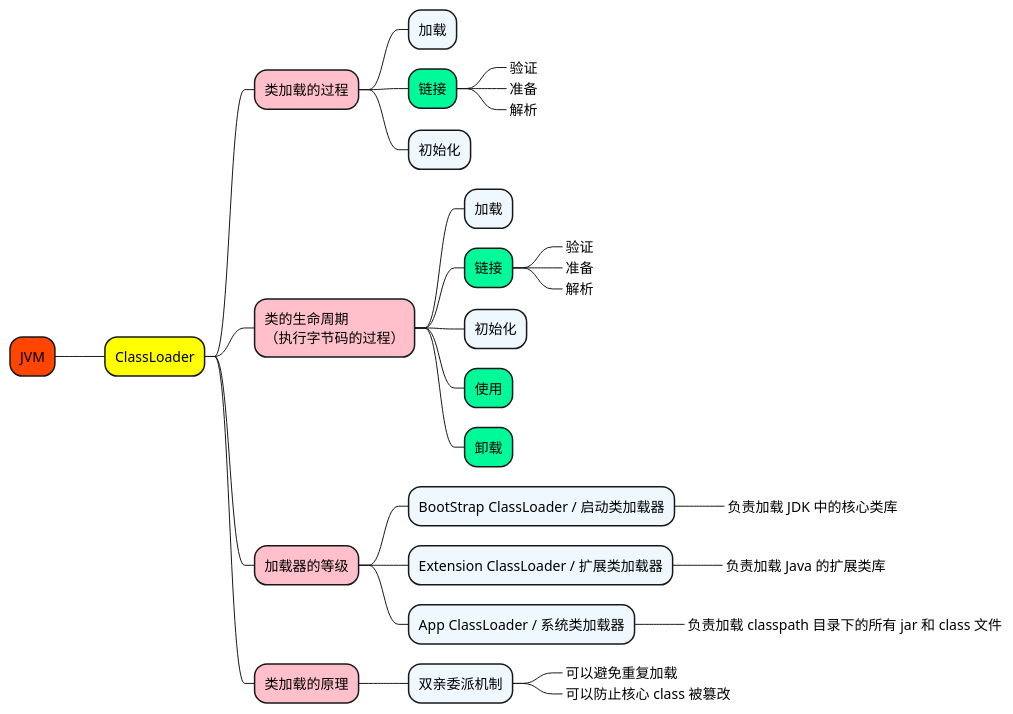
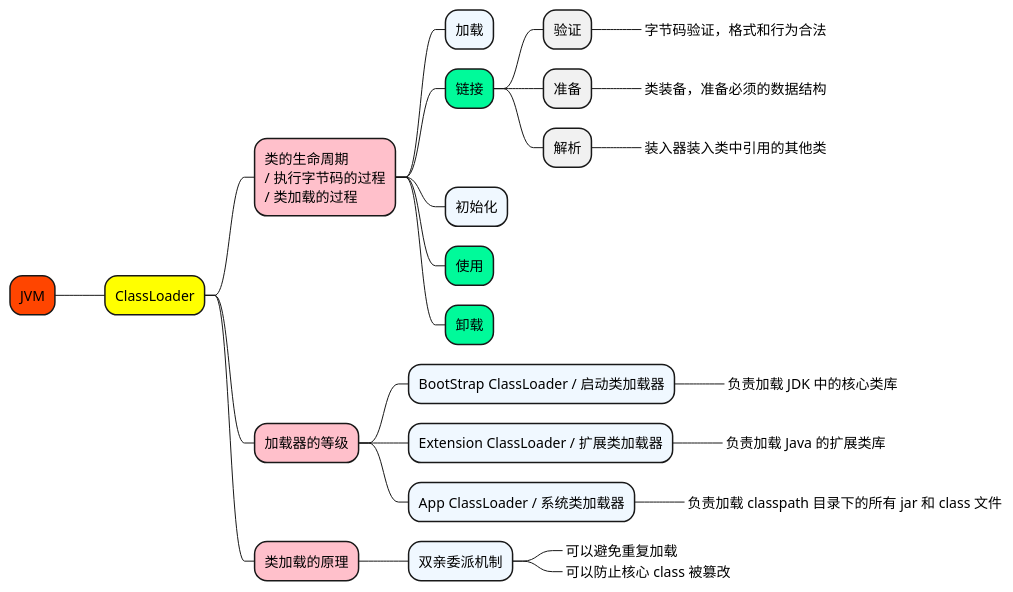
The diagram in 2_note/java/JVM/JVM-类加载器.puml (doveg/self-cultivation-of-a-software-engineer), drawn with PlantUML before and after one commit. The commit also changed 3 other files, not shown here.

```diff
--- a/2_note/java/JVM/JVM-类加载器.puml
+++ b/2_note/java/JVM/JVM-类加载器.puml
@@ -1,43 +1,38 @@
 @startmindmap
 
 +[#OrangeRed] JVM
 
 ++[#yellow] ClassLoader
 
-+++[#Pink] 类加载的过程
+***[#Pink]:类的生命周期
+/ 执行字节码的过程
+/ 类加载的过程;
 ++++[#AliceBlue] 加载
 ++++[#MediumSpringGreen] 链接
-+++++[#AliceBlue]_ 验证
-+++++[#AliceBlue]_ 准备
-+++++[#AliceBlue]_ 解析
-++++[#AliceBlue] 初始化
-
-
-***[#Pink]:类的生命周期
-（执行字节码的过程）;
-++++[#AliceBlue] 加载
-++++[#MediumSpringGreen] 链接
-+++++[#AliceBlue]_ 验证
-+++++[#AliceBlue]_ 准备
-+++++[#AliceBlue]_ 解析
++++++ 验证
+++++++_ 字节码验证，格式和行为合法
++++++ 准备
+++++++_ 类装备，准备必须的数据结构
++++++ 解析
+++++++_ 装入器装入类中引用的其他类
 ++++[#AliceBlue] 初始化
 ++++[#MediumSpringGreen] 使用
 ++++[#MediumSpringGreen] 卸载
 
 
 +++[#Pink]  加载器的等级
 ++++[#AliceBlue] BootStrap ClassLoader / 启动类加载器
 +++++[#AliceBlue]_ 负责加载 JDK 中的核心类库
 ++++[#AliceBlue] Extension ClassLoader / 扩展类加载器
 +++++[#AliceBlue]_ 负责加载 Java 的扩展类库
 ++++[#AliceBlue] App ClassLoader / 系统类加载器
 +++++[#AliceBlue]_ 负责加载 classpath 目录下的所有 jar 和 class 文件
 
 
 +++[#Pink]  类加载的原理
 ++++[#AliceBlue] 双亲委派机制
 +++++[#AliceBlue]_ 可以避免重复加载
 +++++[#AliceBlue]_ 可以防止核心 class 被篡改
 
 
 @endmindmap
```
